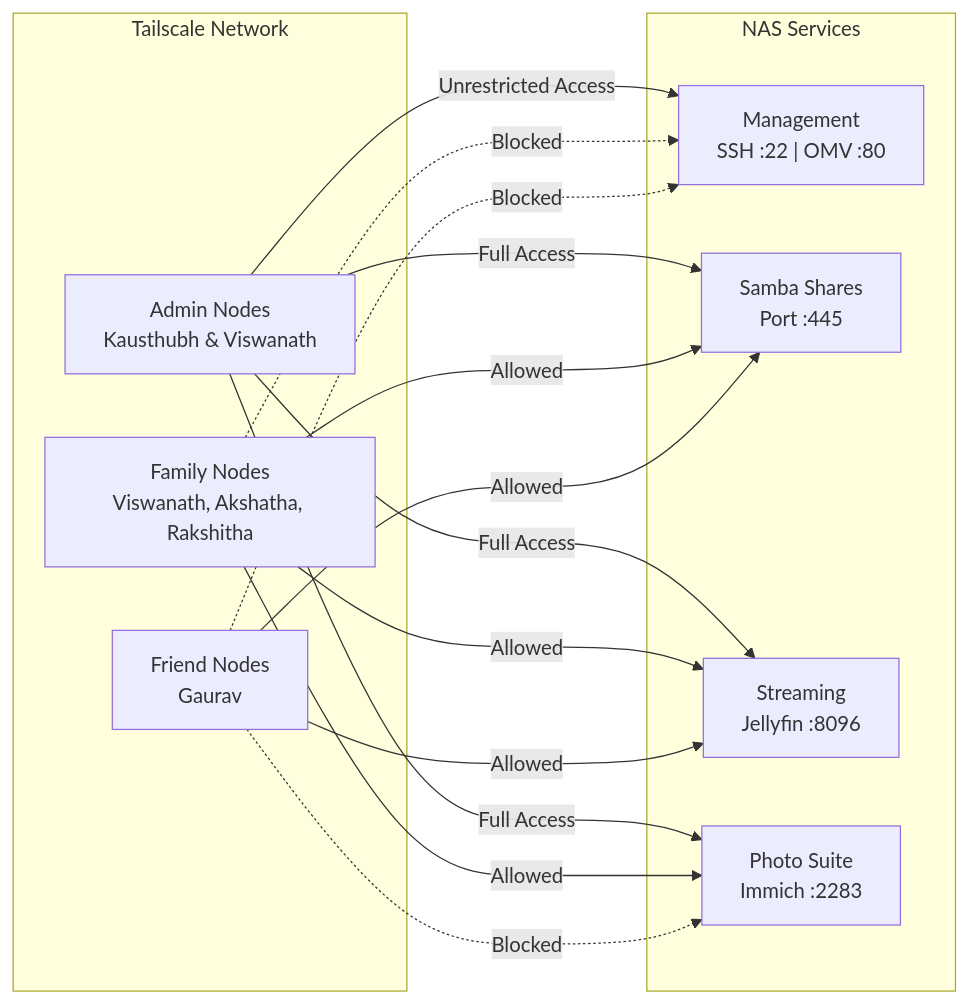
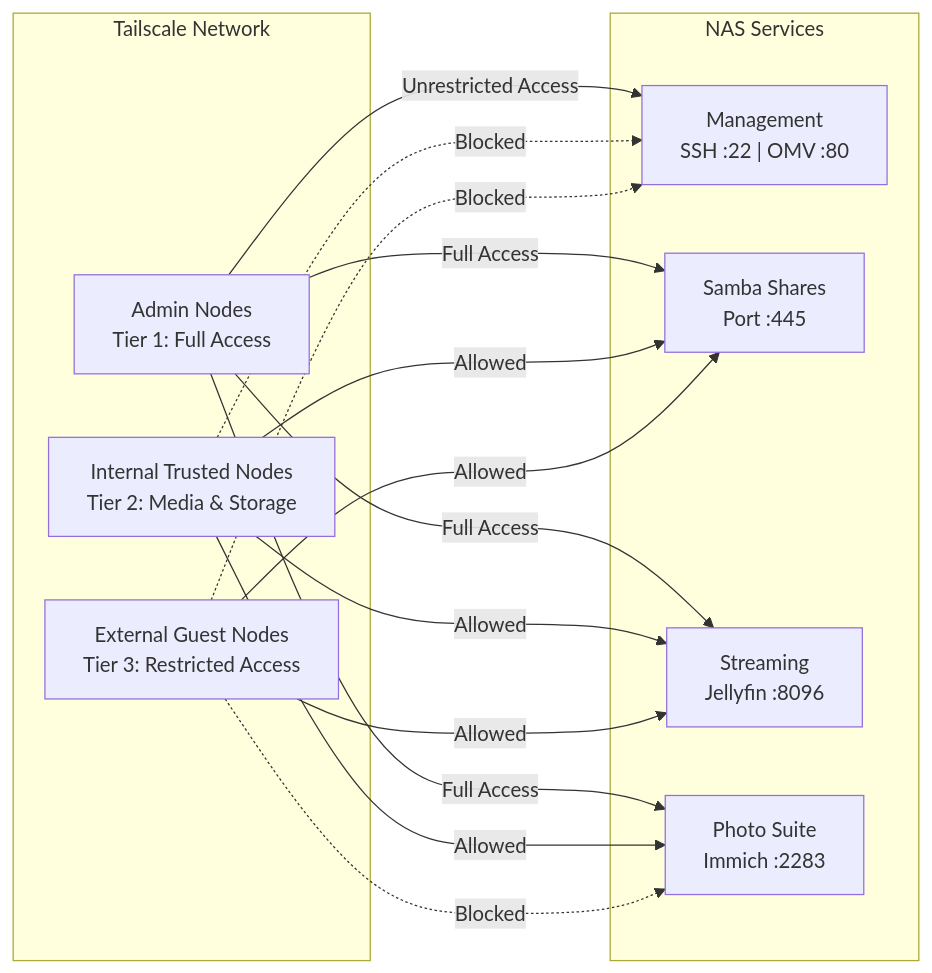
One commit to koko69420/AVK-Vault-NAS changed the third of 4 diagrams in README.md. Above: the diagram before and after it, drawn with Mermaid. The commit also changed other lines of this file and 1 other file, not shown here.

````diff
--- a/README.md
+++ b/README.md
@@ -149,30 +149,30 @@
 ```mermaid
 graph LR
     subgraph Tailscale_Network ["Tailscale Network"]
-        ADMIN["Admin Nodes<br/>Kausthubh & Viswanath"]
-        FAMILY["Family Nodes<br/>Viswanath, Akshatha, Rakshitha"]
-        FRIENDS["Friend Nodes<br/>Gaurav"]
+        ADMIN["Admin Nodes<br/>Tier 1: Full Access"]
+        FAMILY["Internal Trusted Nodes<br/>Tier 2: Media & Storage"]
+        FRIENDS["External Guest Nodes<br/>Tier 3: Restricted Access"]
     end
 
     subgraph NAS_Services ["NAS Services"]
         SSH_OMV["Management<br/>SSH :22 | OMV :80"]
         SMB["Samba Shares<br/>Port :445"]
         MEDIA["Streaming<br/>Jellyfin :8096"]
         PHOTOS["Photo Suite<br/>Immich :2283"]
     end
 
     ADMIN -->|Unrestricted Access| SSH_OMV
     ADMIN -->|Full Access| SMB
     ADMIN -->|Full Access| MEDIA
     ADMIN -->|Full Access| PHOTOS
 
     FAMILY -->|Allowed| SMB
     FAMILY -->|Allowed| MEDIA
     FAMILY -->|Allowed| PHOTOS
     FAMILY -.->|Blocked| SSH_OMV
 
     FRIENDS -->|Allowed| SMB
     FRIENDS -->|Allowed| MEDIA
     FRIENDS -.->|Blocked| PHOTOS
     FRIENDS -.->|Blocked| SSH_OMV
 ```
````
